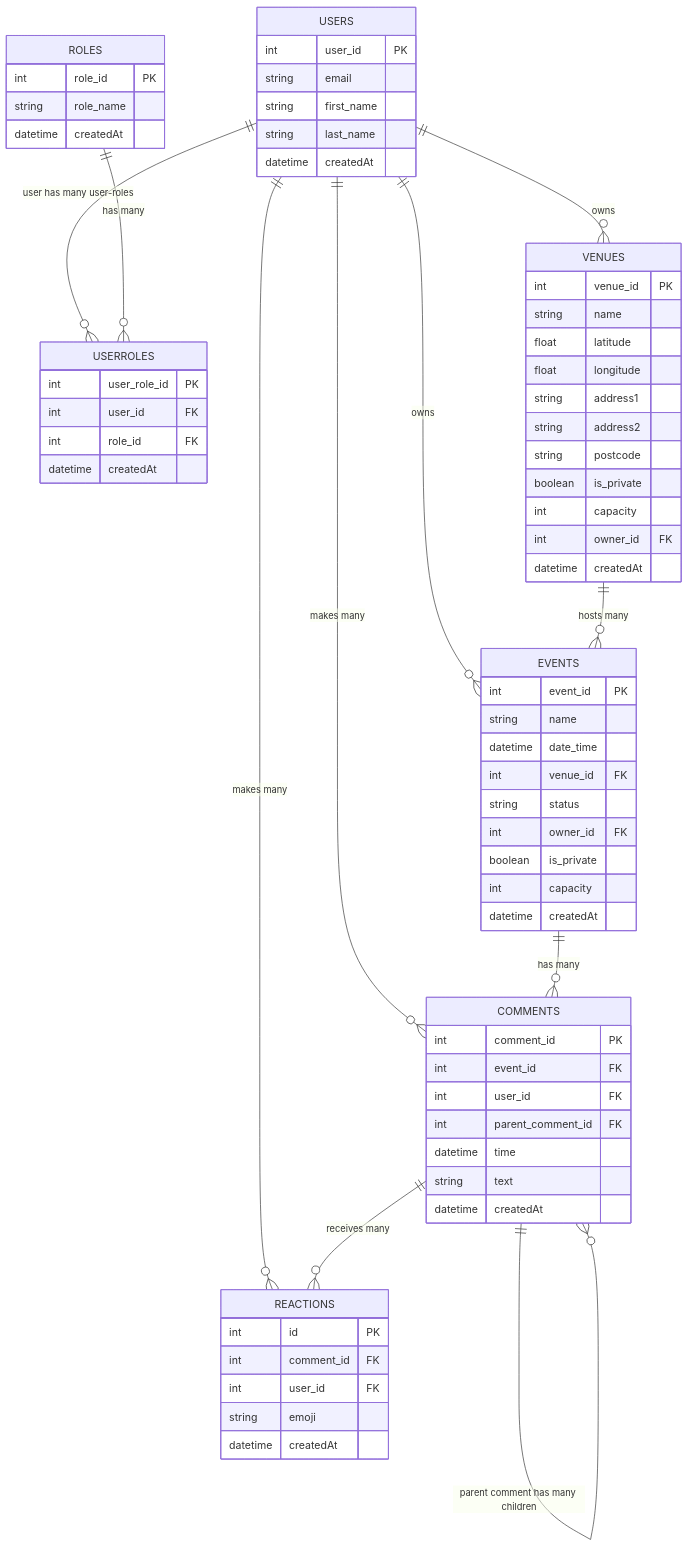
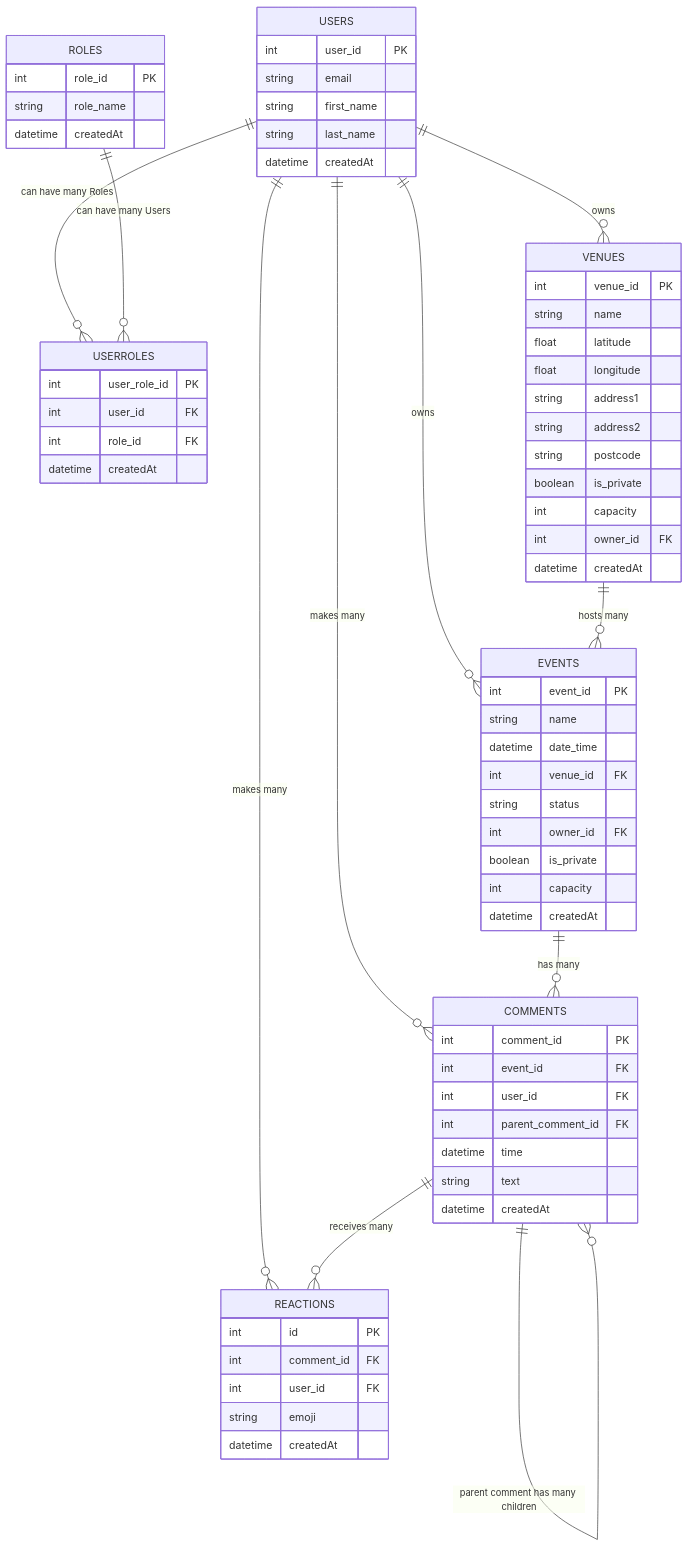
One commit to rossmawd/silver-spoon changed the diagram in relational-db-mark-one.mermaid. Above: the diagram before and after it, drawn with Mermaid.

Commit message:
changed description to make it clear why a join table between Users and Roles is needed.

```diff
--- a/relational-db-mark-one.mermaid
+++ b/relational-db-mark-one.mermaid
@@ -1,77 +1,77 @@
 erDiagram
 
     USERS {
         int user_id PK
         string email
         string first_name
         string last_name
         datetime createdAt
     }
     
     ROLES {
         int role_id PK
         string role_name
         datetime createdAt
     }
     
     USERROLES {
         int user_role_id PK
         int user_id FK
         int role_id FK
         datetime createdAt
     }
     
     EVENTS {
         int event_id PK
         string name
         datetime date_time
         int venue_id FK
         string status
         int owner_id FK
         boolean is_private
         int capacity
         datetime createdAt
     }
     
     VENUES {
         int venue_id PK
         string name
         float latitude
         float longitude
         string address1
         string address2
         string postcode
         boolean is_private
         int capacity
         int owner_id FK
         datetime createdAt
     }
     
     COMMENTS {
         int comment_id PK
         int event_id FK
         int user_id FK
         int parent_comment_id FK
         datetime time
         string text
         datetime createdAt
     }
     
     REACTIONS {
         int id PK
         int comment_id FK
         int user_id FK
         string emoji
         datetime createdAt
     }
 
-    USERS ||--o{ USERROLES: "user has many user-roles"
-    ROLES ||--o{ USERROLES: "has many"
+    USERS ||--o{ USERROLES: "can have many Roles"
+    ROLES ||--o{ USERROLES: "can have many Users"
     USERS ||--o{ EVENTS: "owns"
     USERS ||--o{ VENUES: "owns"
     USERS ||--o{ COMMENTS: "makes many"
     USERS ||--o{ REACTIONS: "makes many"
     EVENTS ||--o{ COMMENTS: "has many"
     COMMENTS ||--o{ REACTIONS: "receives many"
     COMMENTS ||--o{ COMMENTS: "parent comment has many children"
     VENUES ||--o{ EVENTS: "hosts many"
```
